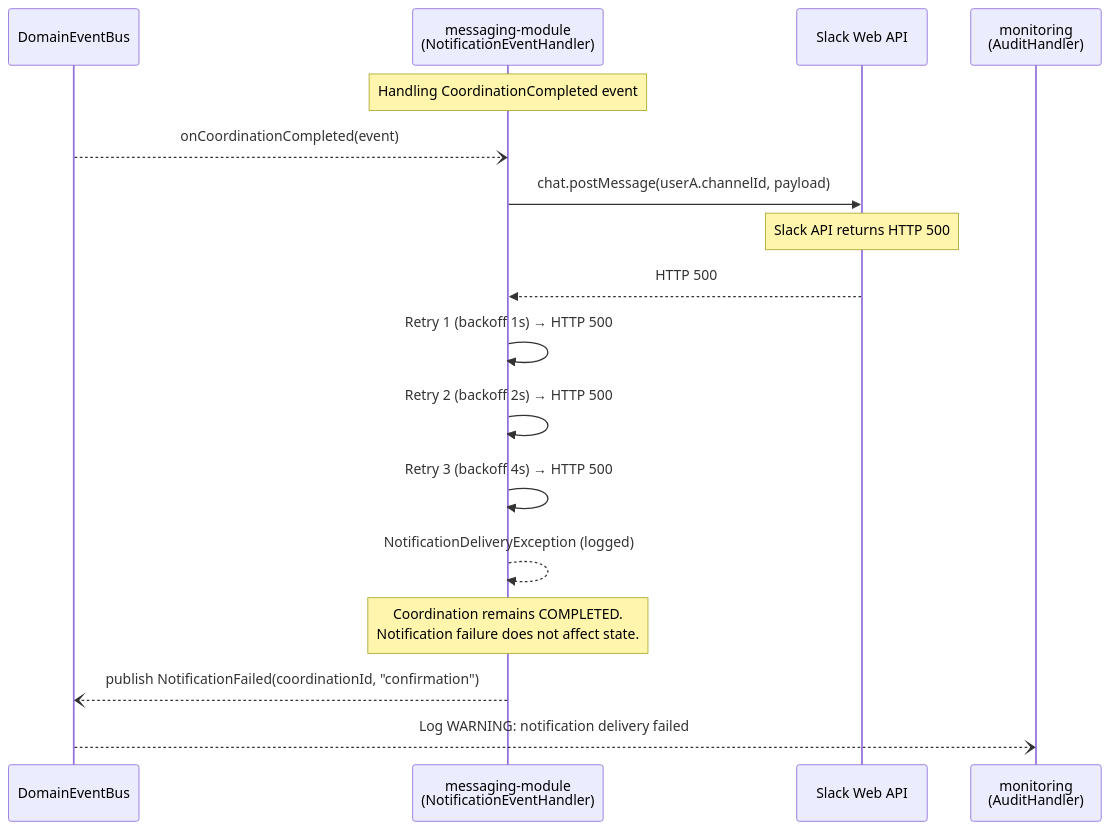
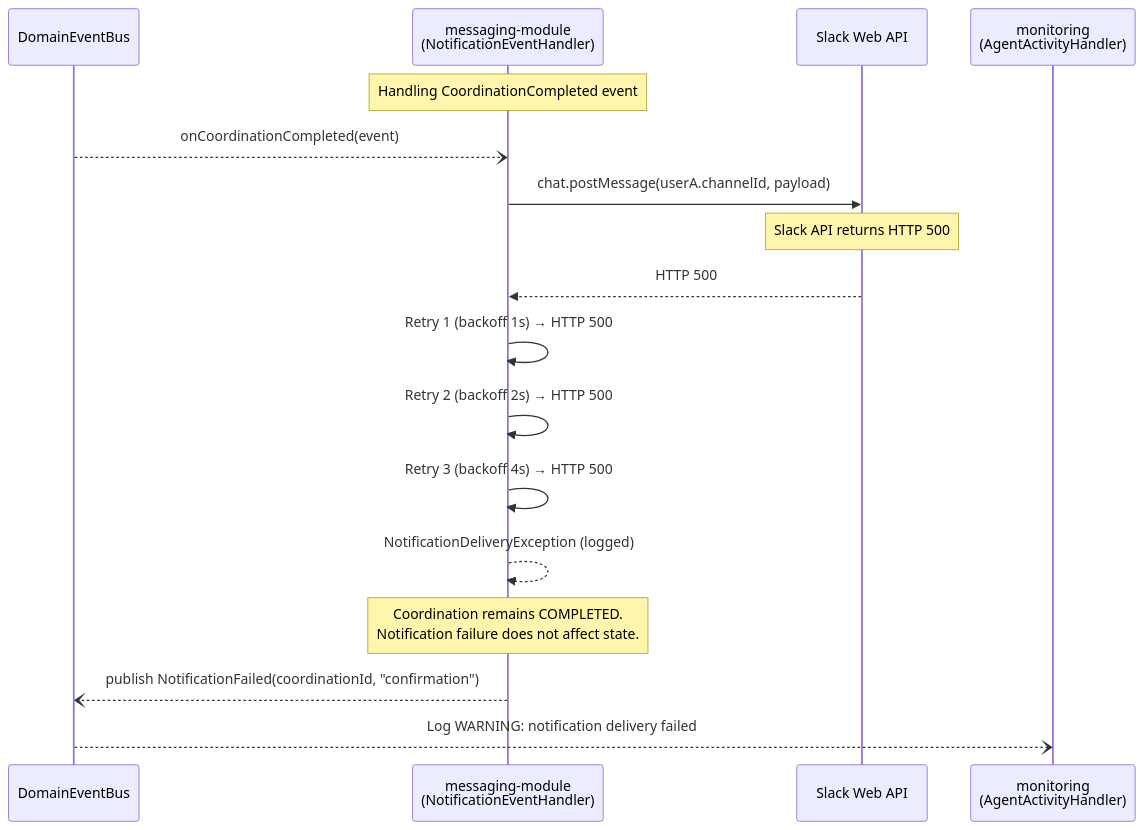
One commit to TanmayZade/CoAgent4U changed diagram 18 of 25 in documentation/arcs42/06-runtime-view.md. Above: the diagram before and after it, drawn with Mermaid. The commit also changed other lines of this file and 90 other files, not shown here.

Commit message:
refactor: globally rename Audit Log to Agent Activity

````diff
--- a/documentation/arcs42/06-runtime-view.md
+++ b/documentation/arcs42/06-runtime-view.md
@@ -884,26 +884,26 @@
 ```mermaid
 sequenceDiagram
     participant EventBus as DomainEventBus
     participant NotifHandler as messaging-module<br/>(NotificationEventHandler)
     participant SlackAPI as Slack Web API
-    participant Audit as monitoring<br/>(AuditHandler)
+    participant AgentActivity as monitoring<br/>(AgentActivityHandler)
 
     Note over NotifHandler: Handling CoordinationCompleted event
 
     EventBus--)NotifHandler: onCoordinationCompleted(event)
 
     NotifHandler->>SlackAPI: chat.postMessage(userA.channelId, payload)
 
     Note over SlackAPI: Slack API returns HTTP 500
 
     SlackAPI-->>NotifHandler: HTTP 500
     NotifHandler->>NotifHandler: Retry 1 (backoff 1s) → HTTP 500
     NotifHandler->>NotifHandler: Retry 2 (backoff 2s) → HTTP 500
     NotifHandler->>NotifHandler: Retry 3 (backoff 4s) → HTTP 500
     NotifHandler-->>NotifHandler: NotificationDeliveryException (logged)
 
     Note over NotifHandler: Coordination remains COMPLETED.<br/>Notification failure does not affect state.
 
     NotifHandler--)EventBus: publish NotificationFailed(coordinationId, "confirmation")
-    EventBus--)Audit: Log WARNING: notification delivery failed
+    EventBus--)AgentActivity: Log WARNING: notification delivery failed
 ```
````
